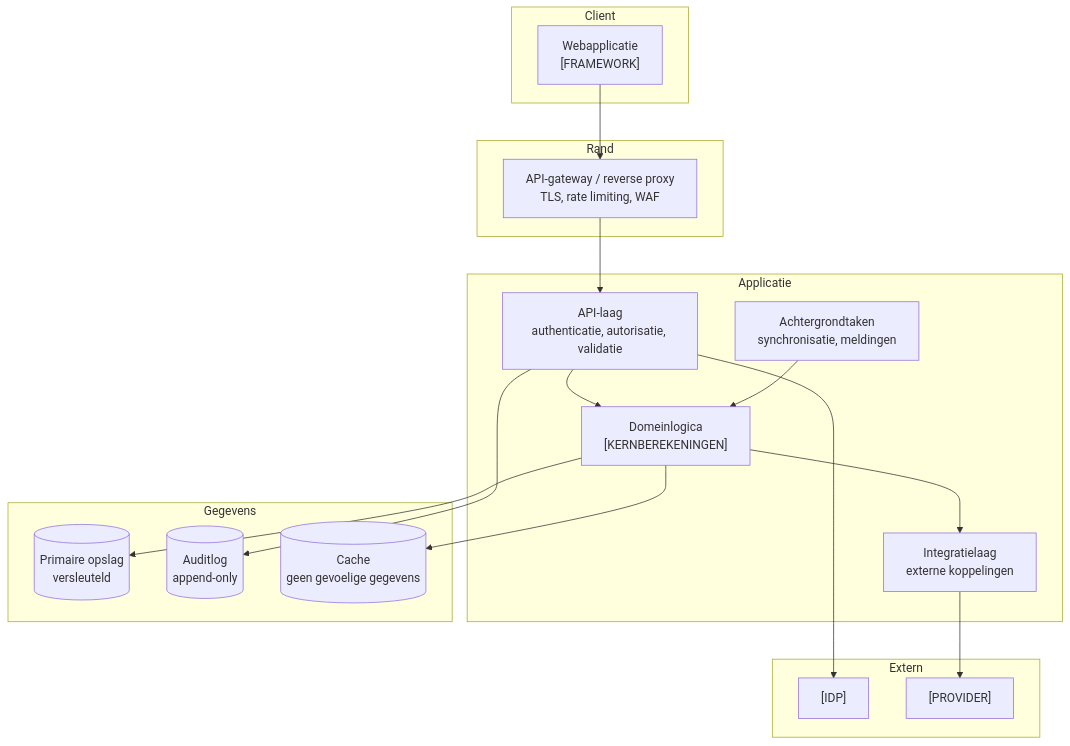
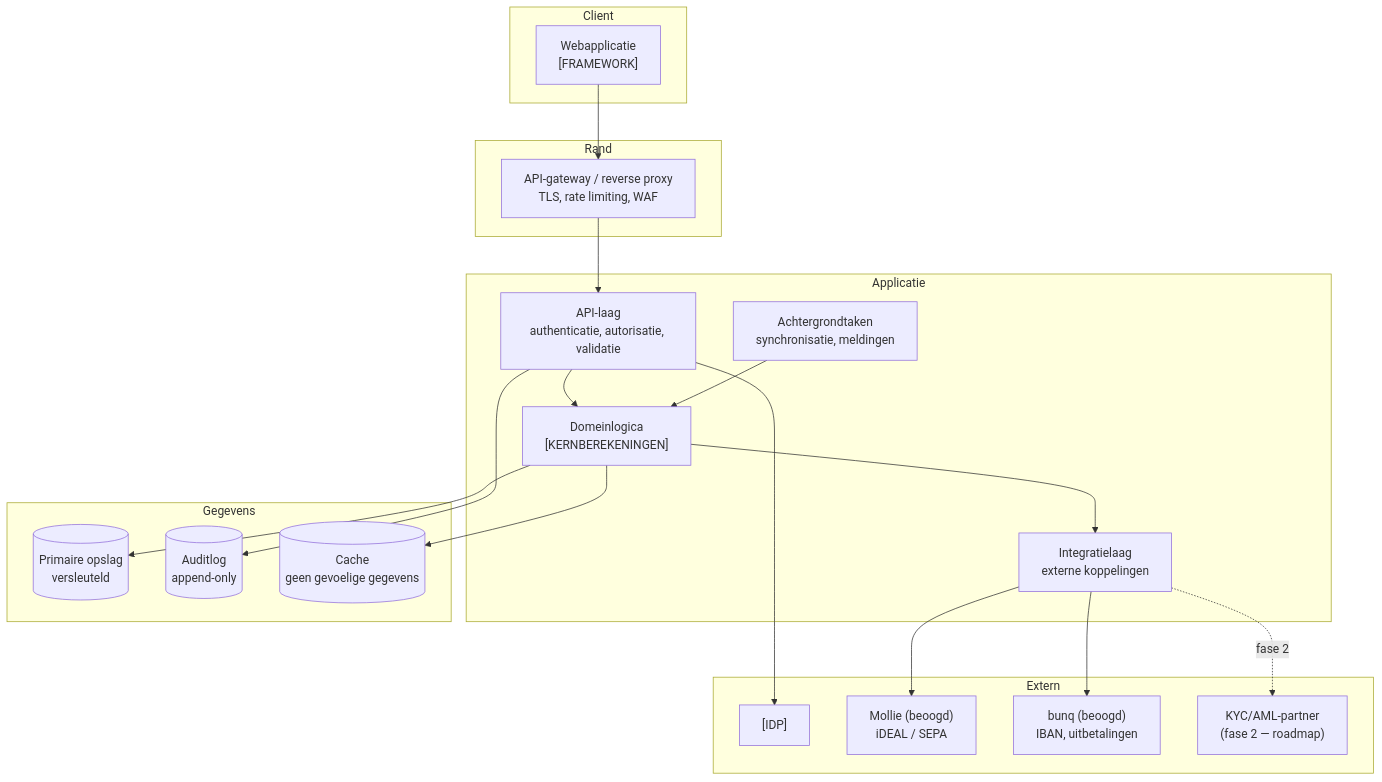
The diagram in docs/architecture/architecture-overview.md (WildcatKSS/SolidYield), drawn with Mermaid before and after one commit. The commit also changed other lines of this file and 11 other files, not shown here.

````diff
--- a/docs/architecture/architecture-overview.md
+++ b/docs/architecture/architecture-overview.md
@@ -23,32 +23,37 @@
 ```mermaid
 graph TB
     subgraph client["Client"]
         WEB["Webapplicatie<br/>[FRAMEWORK]"]
     end
     subgraph edge["Rand"]
         GW["API-gateway / reverse proxy<br/>TLS, rate limiting, WAF"]
     end
     subgraph app["Applicatie"]
         API["API-laag<br/>authenticatie, autorisatie, validatie"]
         DOM["Domeinlogica<br/>[KERNBEREKENINGEN]"]
         INT["Integratielaag<br/>externe koppelingen"]
         JOB["Achtergrondtaken<br/>synchronisatie, meldingen"]
     end
     subgraph data["Gegevens"]
         DB[("Primaire opslag<br/>versleuteld")]
         AUD[("Auditlog<br/>append-only")]
         CACHE[("Cache<br/>geen gevoelige gegevens")]
     end
     subgraph ext["Extern"]
         IDP["[IDP]"]
-        PROV["[PROVIDER]"]
+        MOL["Mollie (beoogd)<br/>iDEAL / SEPA"]
+        BUNQ["bunq (beoogd)<br/>IBAN, uitbetalingen"]
+        KYCP["KYC/AML-partner<br/>(fase 2 — roadmap)"]
     end
 
     WEB --> GW --> API
     API --> DOM --> DB
     API --> AUD
-    DOM --> INT --> PROV
+    DOM --> INT
+    INT --> MOL
+    INT --> BUNQ
+    INT -.fase 2.-> KYCP
     API --> IDP
     JOB --> DOM
     DOM --> CACHE
 ```
````
